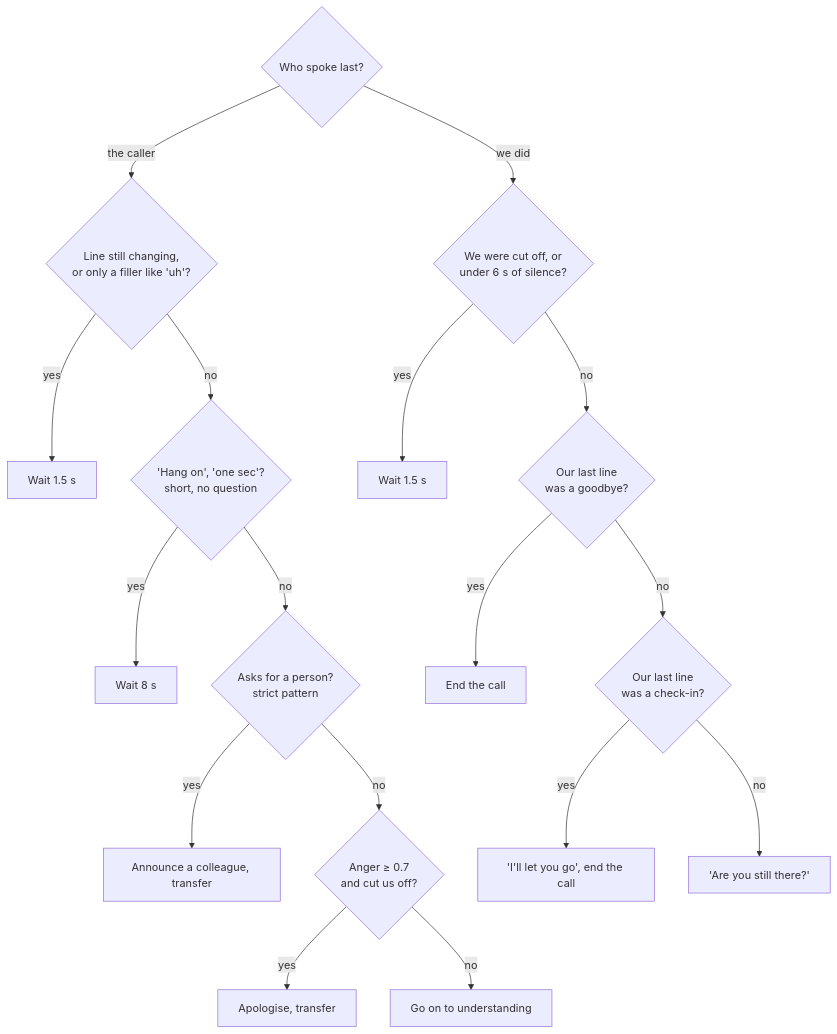
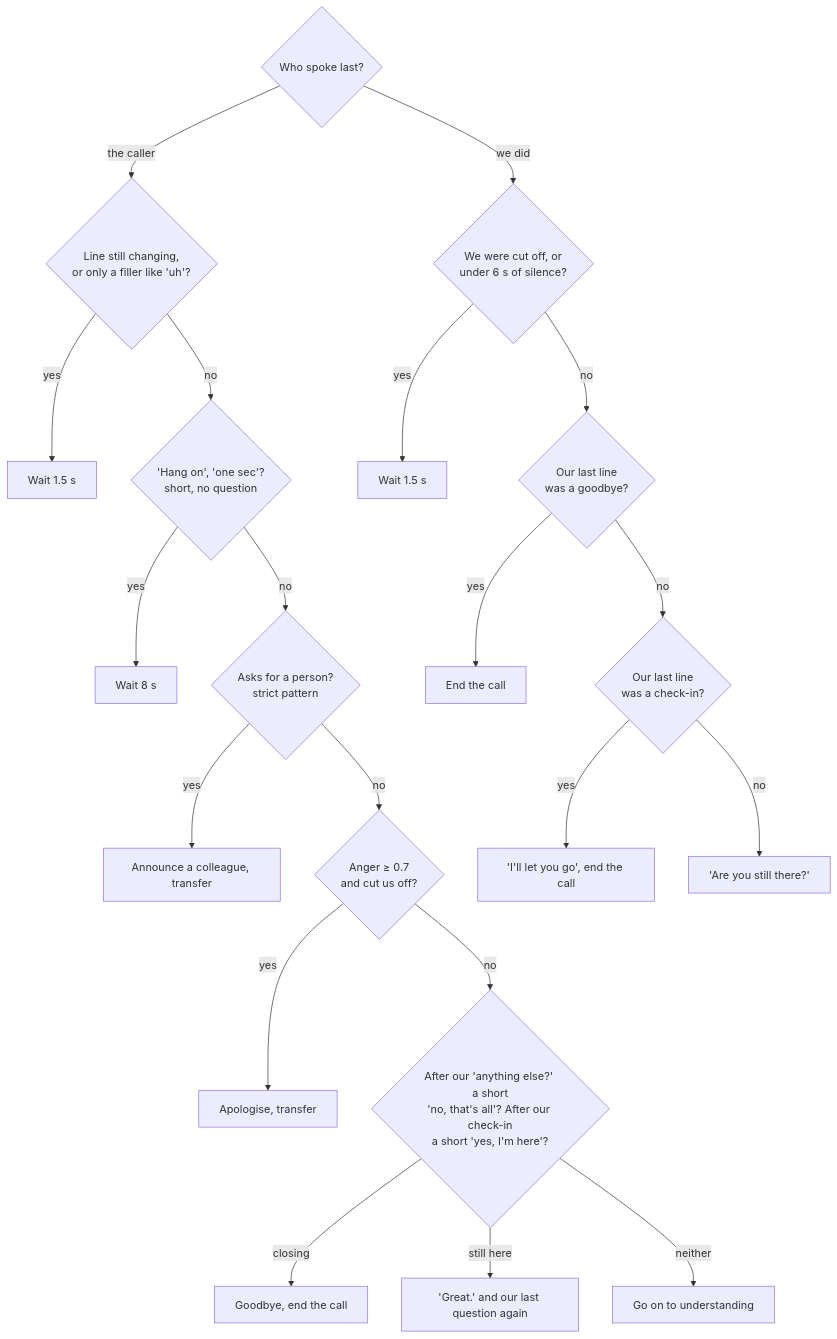
The second of 5 diagrams in docs/architecture/logic-flow.md (GoxMAN8/pirtis-on-wheels), drawn with Mermaid before and after one commit. The commit also changed other lines of this file and 13 other files, not shown here.

First line of the commit message:
feat(agent): keep the thread of the call (D-98, D-99)

````diff
--- a/docs/architecture/logic-flow.md
+++ b/docs/architecture/logic-flow.md
@@ -47,19 +64,22 @@
 ```mermaid
 flowchart TD
   start{"Who spoke last?"} -->|"the caller"| fin{"Line still changing,<br/>or only a filler like 'uh'?"}
   fin -->|"yes"| w1["Wait 1.5 s"]
   fin -->|"no"| hold{"'Hang on', 'one sec'?<br/>short, no question"}
   hold -->|"yes"| w8["Wait 8 s"]
   hold -->|"no"| human{"Asks for a person?<br/>strict pattern"}
   human -->|"yes"| tr1["Announce a colleague, transfer"]
   human -->|"no"| angry{"Anger ≥ 0.7<br/>and cut us off?"}
   angry -->|"yes"| tr2["Apologise, transfer"]
-  angry -->|"no"| go["Go on to understanding"]
+  angry -->|"no"| thread{"After our 'anything else?' a short<br/>'no, that's all'? After our check-in<br/>a short 'yes, I'm here'?"}
+  thread -->|"closing"| bye2["Goodbye, end the call"]
+  thread -->|"still here"| resume["'Great.' and our last question again"]
+  thread -->|"neither"| go["Go on to understanding"]
   start -->|"we did"| cut{"We were cut off, or<br/>under 6 s of silence?"}
   cut -->|"yes"| w2["Wait 1.5 s"]
   cut -->|"no"| bye{"Our last line<br/>was a goodbye?"}
   bye -->|"yes"| end1["End the call"]
   bye -->|"no"| again{"Our last line<br/>was a check-in?"}
   again -->|"yes"| end2["'I'll let you go', end the call"]
   again -->|"no"| check["'Are you still there?'"]
 ```
````
